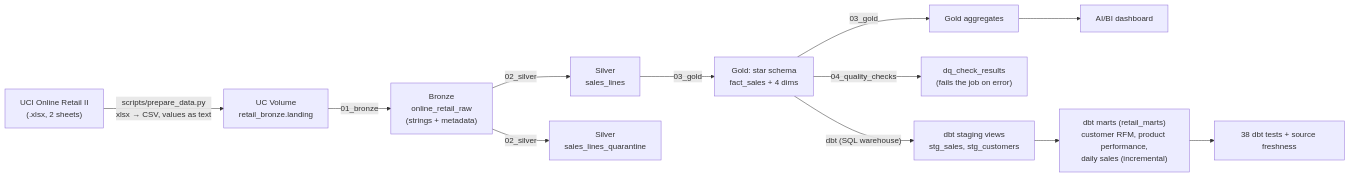
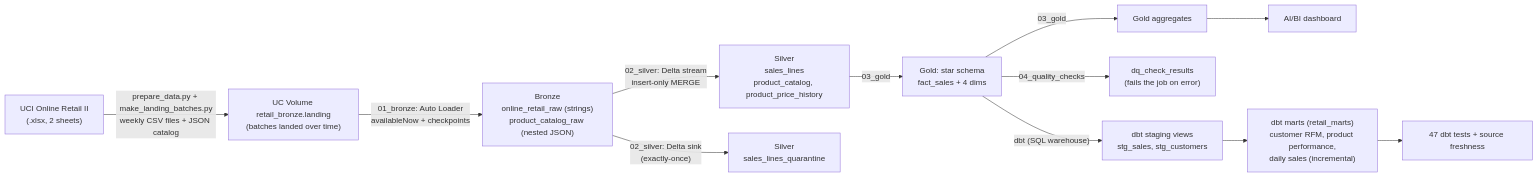
One commit to carlosgraterolp/retail-medallion-databricks changed the first of 2 diagrams in README.md. Above: the diagram before and after it, drawn with Mermaid. The commit also changed other lines of this file and 1 other file, not shown here.

First line of the commit message:
Document incremental ingestion, schema evolution and the proof runs

````diff
--- a/README.md
+++ b/README.md
@@ -33,14 +34,14 @@
 ```mermaid
 flowchart LR
-    A["UCI Online Retail II<br/>(.xlsx, 2 sheets)"] -->|scripts/prepare_data.py<br/>xlsx → CSV, values as text| B["UC Volume<br/>retail_bronze.landing"]
-    B -->|01_bronze| C["Bronze<br/>online_retail_raw<br/>(strings + metadata)"]
-    C -->|02_silver| D["Silver<br/>sales_lines"]
-    C -->|02_silver| Q["Silver<br/>sales_lines_quarantine"]
+    A["UCI Online Retail II<br/>(.xlsx, 2 sheets)"] -->|"prepare_data.py + make_landing_batches.py<br/>weekly CSV files + JSON catalog"| B["UC Volume retail_bronze.landing<br/>(batches landed over time)"]
+    B -->|"01_bronze: Auto Loader<br/>availableNow + checkpoints"| C["Bronze<br/>online_retail_raw (strings)<br/>product_catalog_raw (nested JSON)"]
+    C -->|"02_silver: Delta stream<br/>insert-only MERGE"| D["Silver<br/>sales_lines<br/>product_catalog, product_price_history"]
+    C -->|"02_silver: Delta sink<br/>(exactly-once)"| Q["Silver<br/>sales_lines_quarantine"]
     D -->|03_gold| E["Gold: star schema<br/>fact_sales + 4 dims"]
     E -->|03_gold| F["Gold aggregates"]
     E -->|04_quality_checks| G["dq_check_results<br/>(fails the job on error)"]
     F --> H["AI/BI dashboard"]
     E -->|"dbt (SQL warehouse)"| S["dbt staging views<br/>stg_sales, stg_customers"]
     S --> M["dbt marts (retail_marts)<br/>customer RFM, product performance,<br/>daily sales (incremental)"]
-    M --> T["38 dbt tests + source freshness"]
+    M --> T["47 dbt tests + source freshness"]
 ```
````
